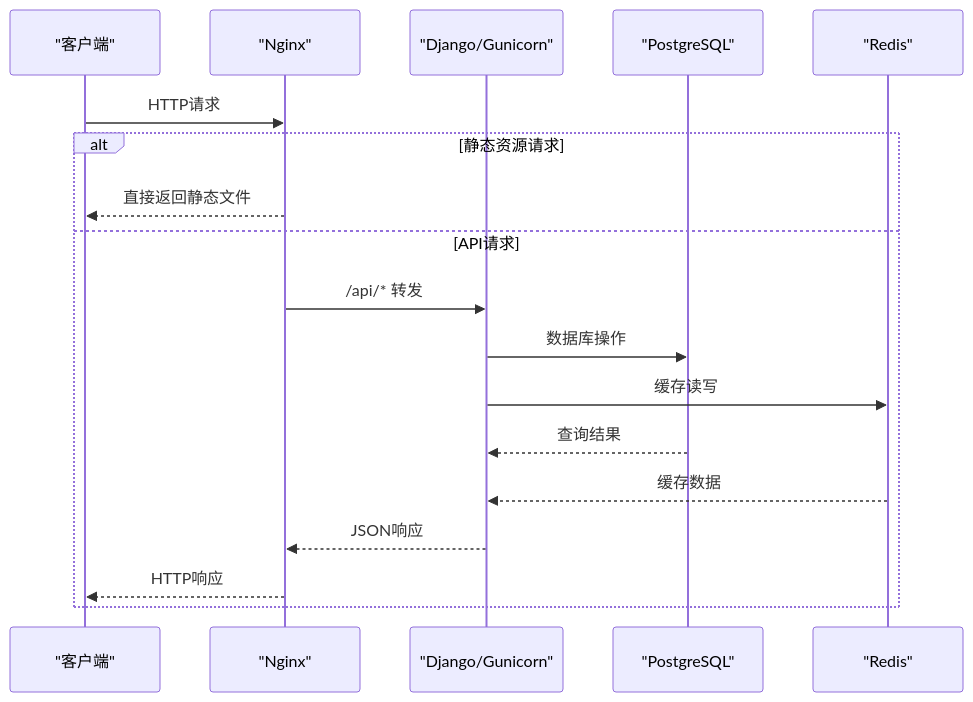
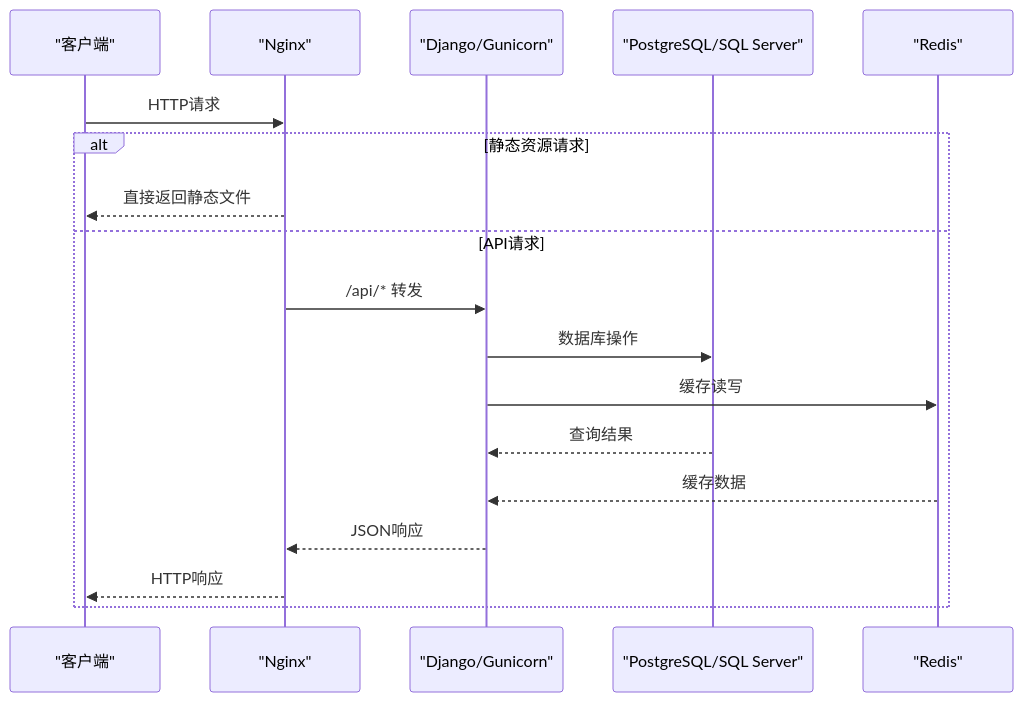
The second of 5 diagrams in .qoder/repowiki/zh/content/部署配置/生产环境部署.md (zyp-coder/Metadata), drawn with Mermaid before and after one commit. The commit also changed other lines of this file and 49 other files, not shown here.

````diff
--- a/.qoder/repowiki/zh/content/部署配置/生产环境部署.md
+++ b/.qoder/repowiki/zh/content/部署配置/生产环境部署.md
@@ -98,20 +107,20 @@
 ```mermaid
 sequenceDiagram
 participant Client as "客户端"
 participant Nginx as "Nginx"
 participant Backend as "Django/Gunicorn"
-participant DB as "PostgreSQL"
+participant DB as "PostgreSQL/SQL Server"
 participant Cache as "Redis"
 Client->>Nginx : HTTP请求
 alt 静态资源请求
 Nginx-->>Client : 直接返回静态文件
 else API请求
 Nginx->>Backend : /api/* 转发
 Backend->>DB : 数据库操作
 Backend->>Cache : 缓存读写
 DB-->>Backend : 查询结果
 Cache-->>Backend : 缓存数据
 Backend-->>Nginx : JSON响应
 Nginx-->>Client : HTTP响应
 end
 ```
````
